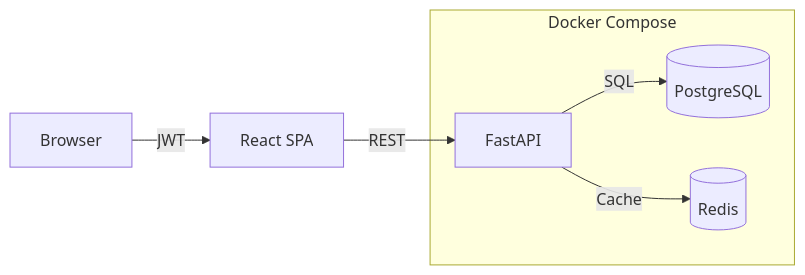
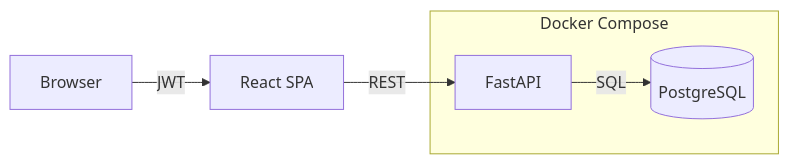
Before and after one commit to MordXD/access-manager: the diagram in README.md, drawn with Mermaid.

Commit message:
Исправил ошибку отображения архитектуры в README 2.0

````diff
--- a/README.md
+++ b/README.md
@@ -42,12 +42,10 @@
 ```mermaid
 flowchart LR
   Browser -->|JWT| Frontend[React SPA]
   Frontend -->|REST| API[FastAPI]
   API -->|SQL| DB[(PostgreSQL)]
-  API -->|Cache| Redis[(Redis)]
   subgraph "Docker Compose"
     API
     DB
-    Redis
   end
 ```
````
